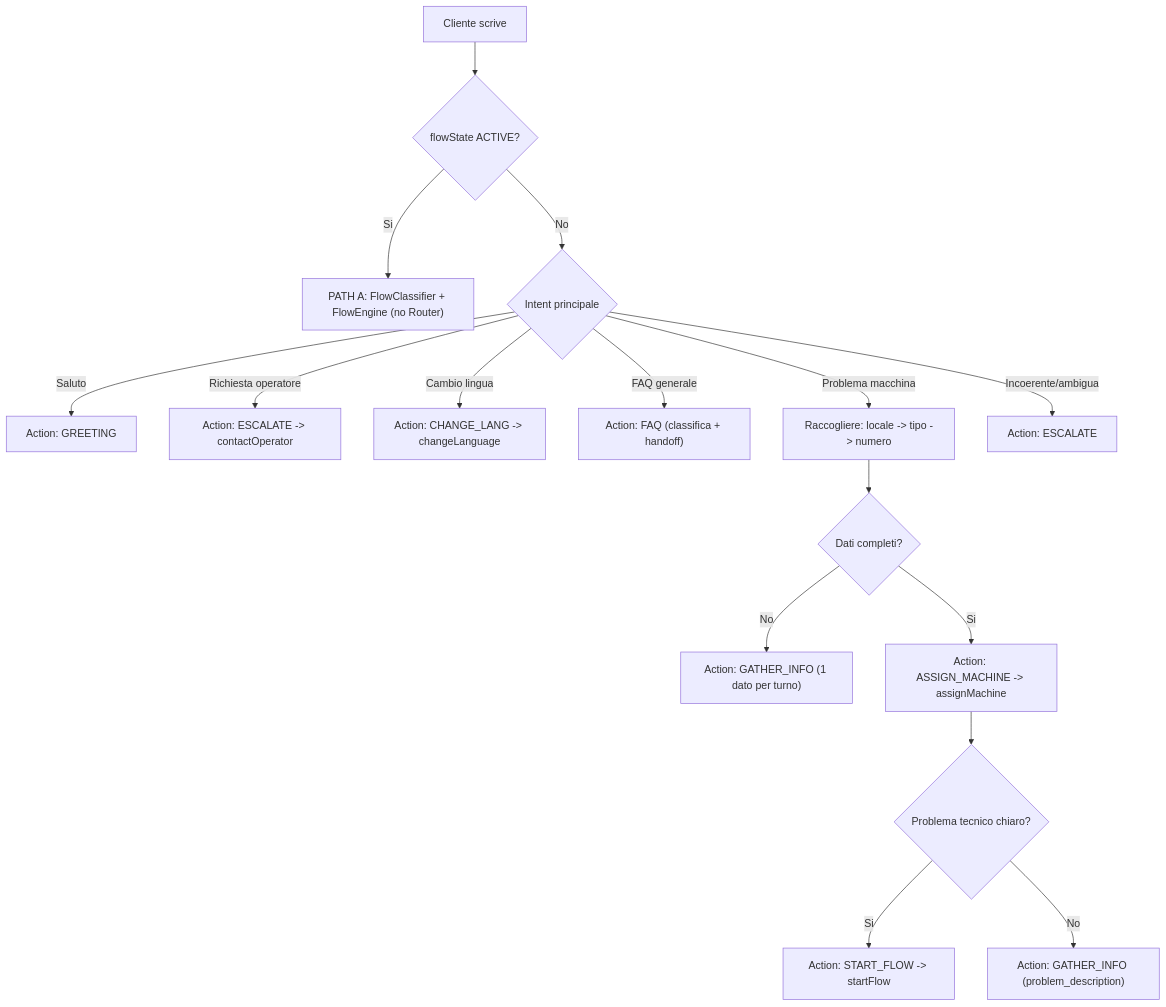
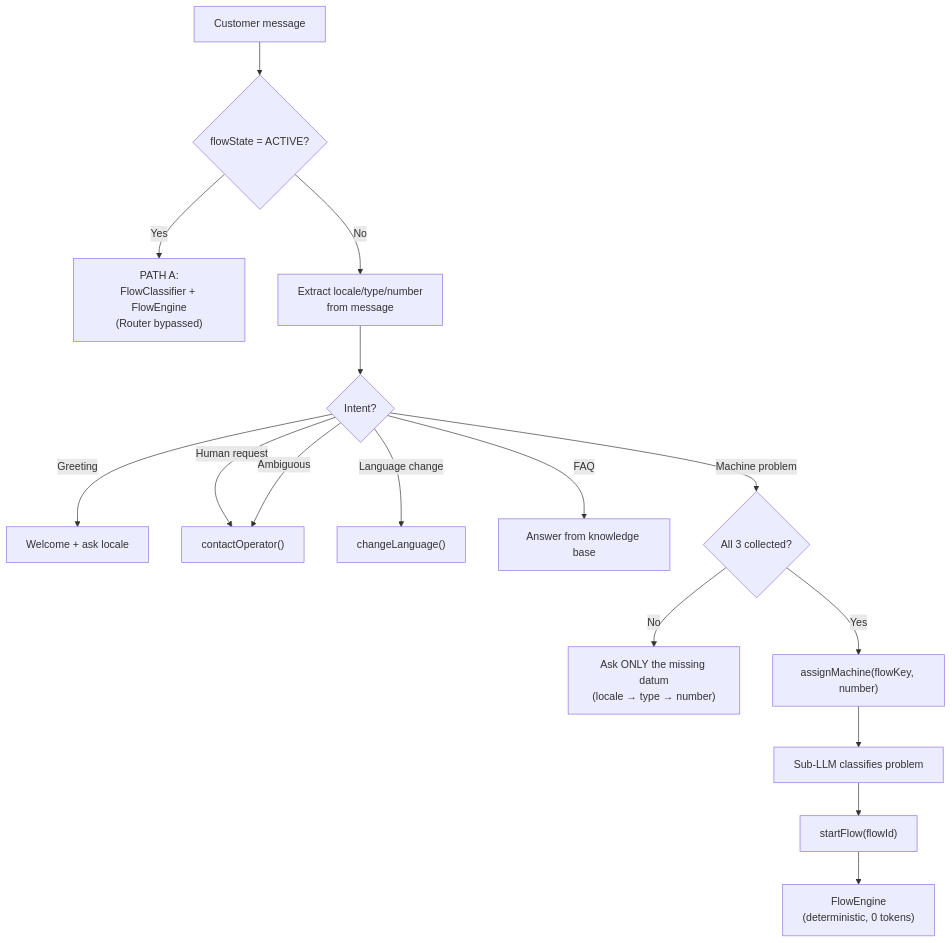
The diagram in docs/cliente-0/flows/flow1-router.md (gelsogrove/shopMeNow), drawn with Mermaid before and after one commit. The commit also changed other lines of this file and 3 other files, not shown here.

Commit message:
feat: add comprehensive documentation for Ecolaundry FLOW chatbot, including system overview, machine specs, and operational rules

````diff
--- a/docs/cliente-0/flows/flow1-router.md
+++ b/docs/cliente-0/flows/flow1-router.md
@@ -72,23 +103,23 @@
 ```mermaid
 flowchart TD
+    MSG["Customer message"] --> ACTIVE{"flowState = ACTIVE?"}
 
-START["Cliente scrive"] --> ACTIVE{"flowState ACTIVE?"}
+    ACTIVE -->|Yes| PATH_A["PATH A:<br/>FlowClassifier + FlowEngine<br/>(Router bypassed)"]
+    ACTIVE -->|No| EXTRACT["Extract locale/type/number<br/>from message"]
 
-ACTIVE -->|Si| A_PATH["PATH A: FlowClassifier + FlowEngine (no Router)"]
-ACTIVE -->|No| INTENT{"Intent principale"}
+    EXTRACT --> INTENT{"Intent?"}
 
-INTENT -->|Saluto| GREETING["Action: GREETING"]
-INTENT -->|Richiesta operatore| ESC1["Action: ESCALATE -> contactOperator"]
-INTENT -->|Cambio lingua| LANG["Action: CHANGE_LANG -> changeLanguage"]
-INTENT -->|FAQ generale| FAQ["Action: FAQ (classifica + handoff)"]
-INTENT -->|Problema macchina| GATHER
-INTENT -->|Incoerente/ambigua| ESC2["Action: ESCALATE"]
+    INTENT -->|Greeting| GREET["Welcome + ask locale"]
+    INTENT -->|Human request| ESC["contactOperator()"]
+    INTENT -->|Language change| LANG["changeLanguage()"]
+    INTENT -->|FAQ| FAQ["Answer from knowledge base"]
+    INTENT -->|Machine problem| CHECK{"All 3 collected?"}
+    INTENT -->|Ambiguous| ESC
 
-GATHER["Raccogliere: locale -> tipo -> numero"] --> COMPLETE{"Dati completi?"}
-COMPLETE -->|No| ASK_MISSING["Action: GATHER_INFO (1 dato per turno)"]
-COMPLETE -->|Si| ASSIGN["Action: ASSIGN_MACHINE -> assignMachine"]
+    CHECK -->|No| ASK["Ask ONLY the missing datum<br/>(locale → type → number)"]
+    CHECK -->|Yes| ASSIGN["assignMachine(flowKey, number)"]
 
-ASSIGN --> ISSUE{"Problema tecnico chiaro?"}
-ISSUE -->|Si| STARTF["Action: START_FLOW -> startFlow"]
-ISSUE -->|No| ASK_PROBLEM["Action: GATHER_INFO (problem_description)"]
+    ASSIGN --> SUBLLM["Sub-LLM classifies problem"]
+    SUBLLM --> STARTFLOW["startFlow(flowId)"]
+    STARTFLOW --> FLOWENGINE["FlowEngine<br/>(deterministic, 0 tokens)"]
 ```
````
